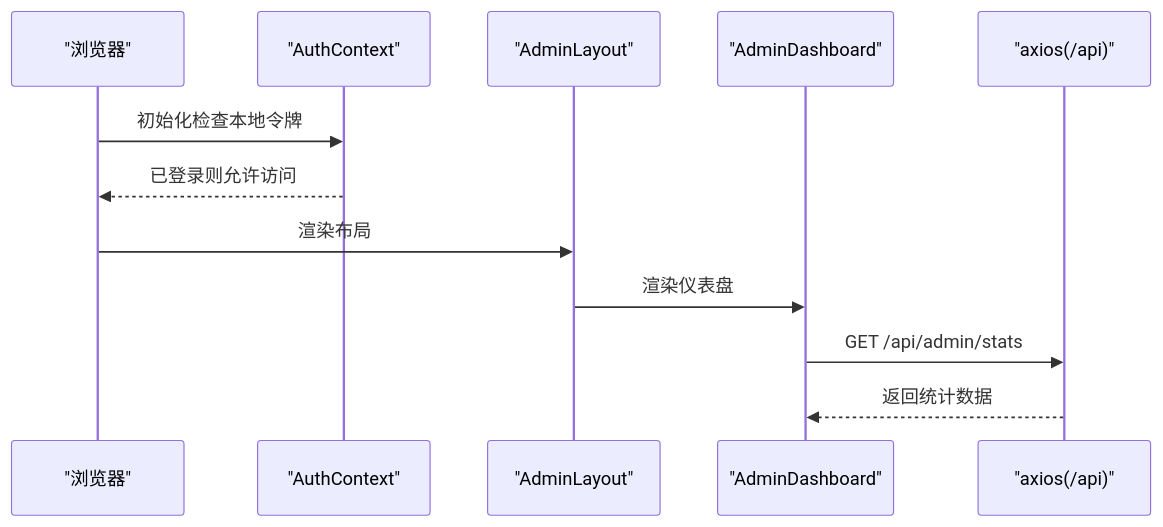
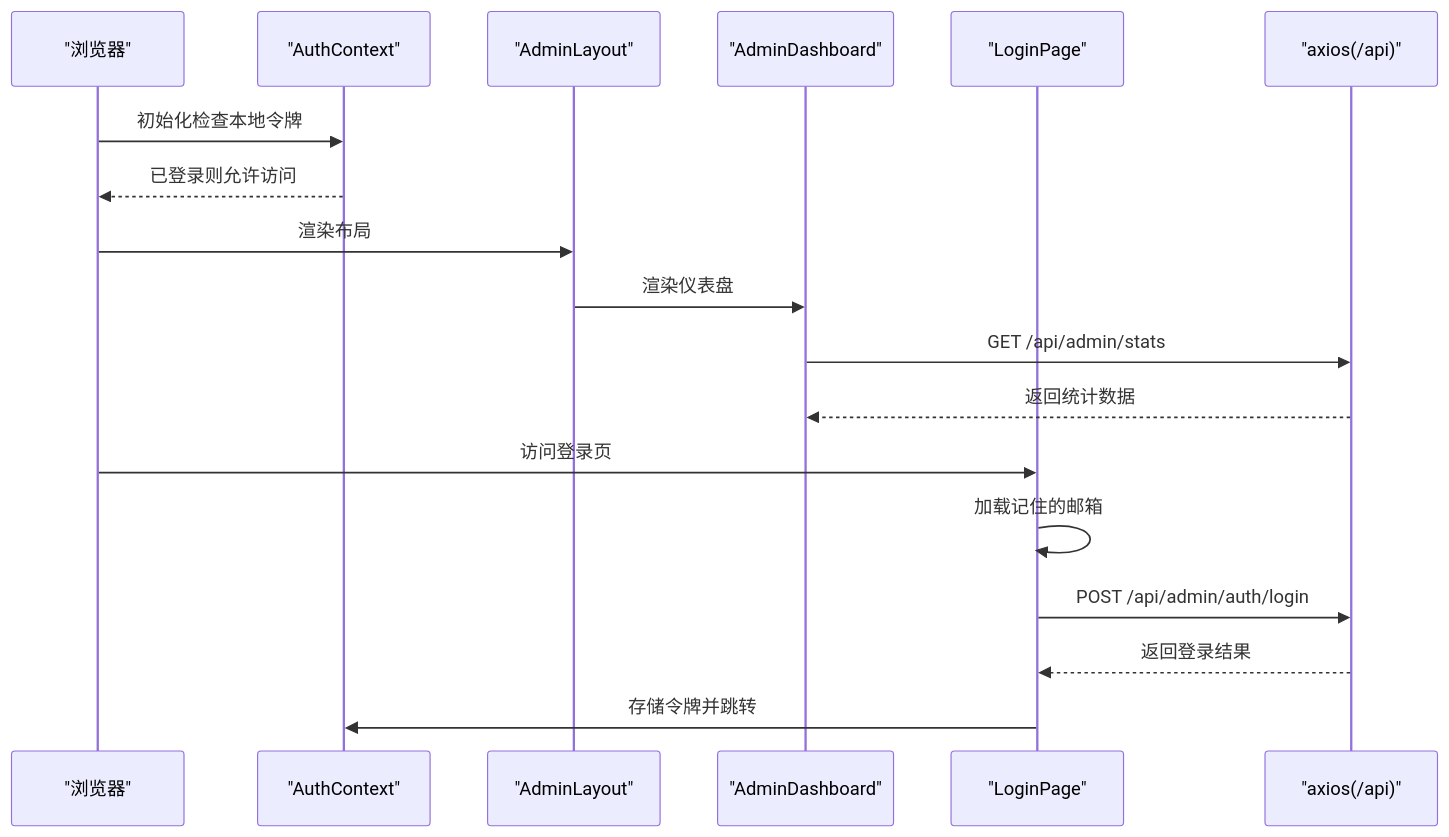
Before and after one commit to KunLabAI/KunFlix: the eighth of 9 diagrams in .qoder/repowiki/zh/content/API接口文档/管理员API.md, drawn with Mermaid. The commit also changed other lines of this file and 25 other files, not shown here.

First line of the commit message:
feat(admin-auth): 新增管理员认证模块及登录界面优化

````diff
--- a/.qoder/repowiki/zh/content/API接口文档/管理员API.md
+++ b/.qoder/repowiki/zh/content/API接口文档/管理员API.md
@@ -342,14 +445,20 @@
 ```mermaid
 sequenceDiagram
 participant Browser as "浏览器"
 participant Auth as "AuthContext"
 participant Layout as "AdminLayout"
 participant Page as "AdminDashboard"
+participant LoginPage as "LoginPage"
 participant Axios as "axios(/api)"
 Browser->>Auth : 初始化检查本地令牌
 Auth-->>Browser : 已登录则允许访问
 Browser->>Layout : 渲染布局
 Layout->>Page : 渲染仪表盘
 Page->>Axios : GET /api/admin/stats
 Axios-->>Page : 返回统计数据
+Browser->>LoginPage : 访问登录页
+LoginPage->>LoginPage : 加载记住的邮箱
+LoginPage->>Axios : POST /api/admin/auth/login
+Axios-->>LoginPage : 返回登录结果
+LoginPage->>Auth : 存储令牌并跳转
 ```
````
